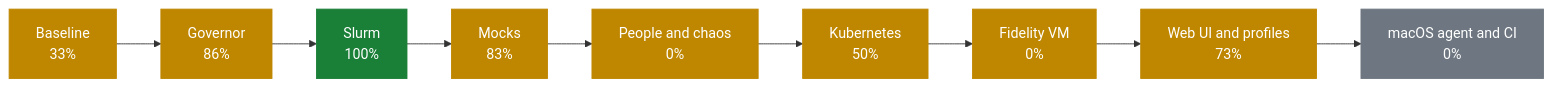
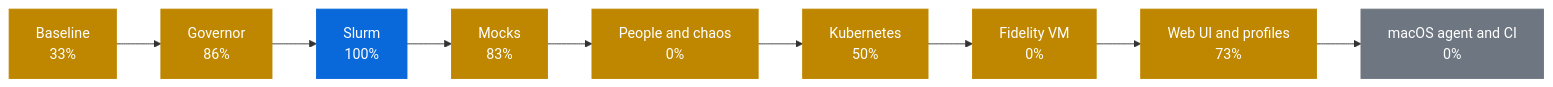
Before and after one commit to AhmedYousriSobhi/workbench: the first of 2 diagrams in docs/PROGRESS.md, drawn with Mermaid. The commit also changed other lines of this file and 6 other files, not shown here.

````diff
--- a/docs/PROGRESS.md
+++ b/docs/PROGRESS.md
@@ -10,17 +10,17 @@
 ```mermaid
 flowchart LR
     p0["Baseline<br/>33%"]:::partial
     p1["Governor<br/>86%"]:::partial
-    p2["Slurm<br/>100%"]:::done
+    p2["Slurm<br/>100%"]:::review
     p3["Mocks<br/>83%"]:::partial
     p4["People and chaos<br/>0%"]:::partial
     p5["Kubernetes<br/>50%"]:::partial
     p6["Fidelity VM<br/>0%"]:::partial
     p7["Web UI and profiles<br/>73%"]:::partial
     p8["macOS agent and CI<br/>0%"]:::todo
     p0 --> p1 --> p2 --> p3 --> p4 --> p5 --> p6 --> p7 --> p8
     classDef done fill:#1a7f37,stroke:#1a7f37,color:#fff
     classDef review fill:#0969da,stroke:#0969da,color:#fff
     classDef partial fill:#bf8700,stroke:#bf8700,color:#fff
     classDef todo fill:#6e7781,stroke:#6e7781,color:#fff
 ```
````
